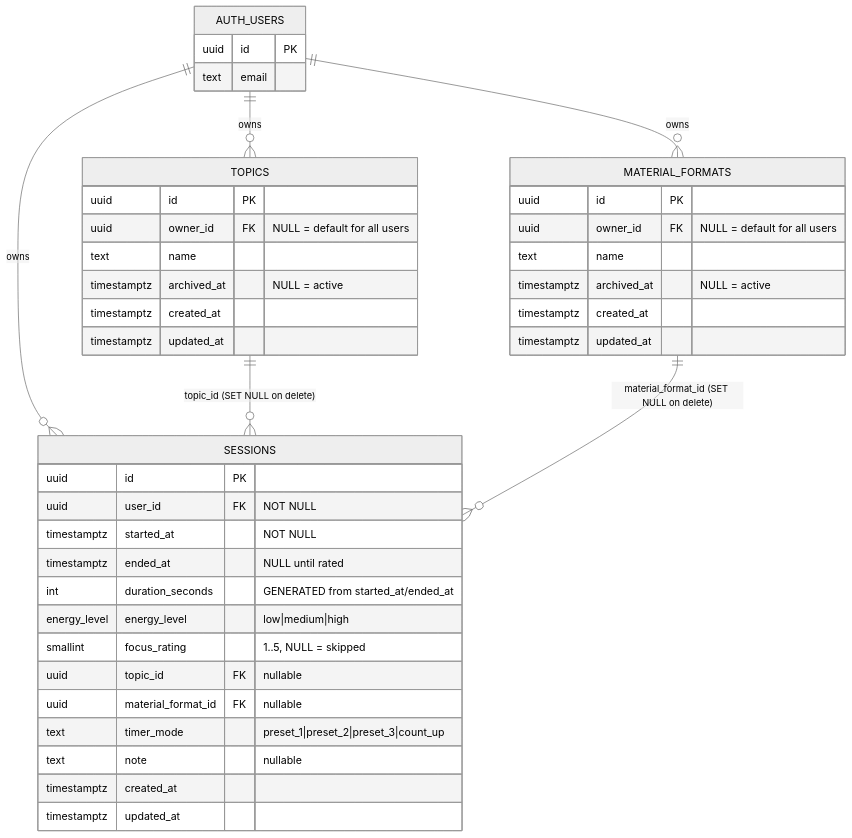
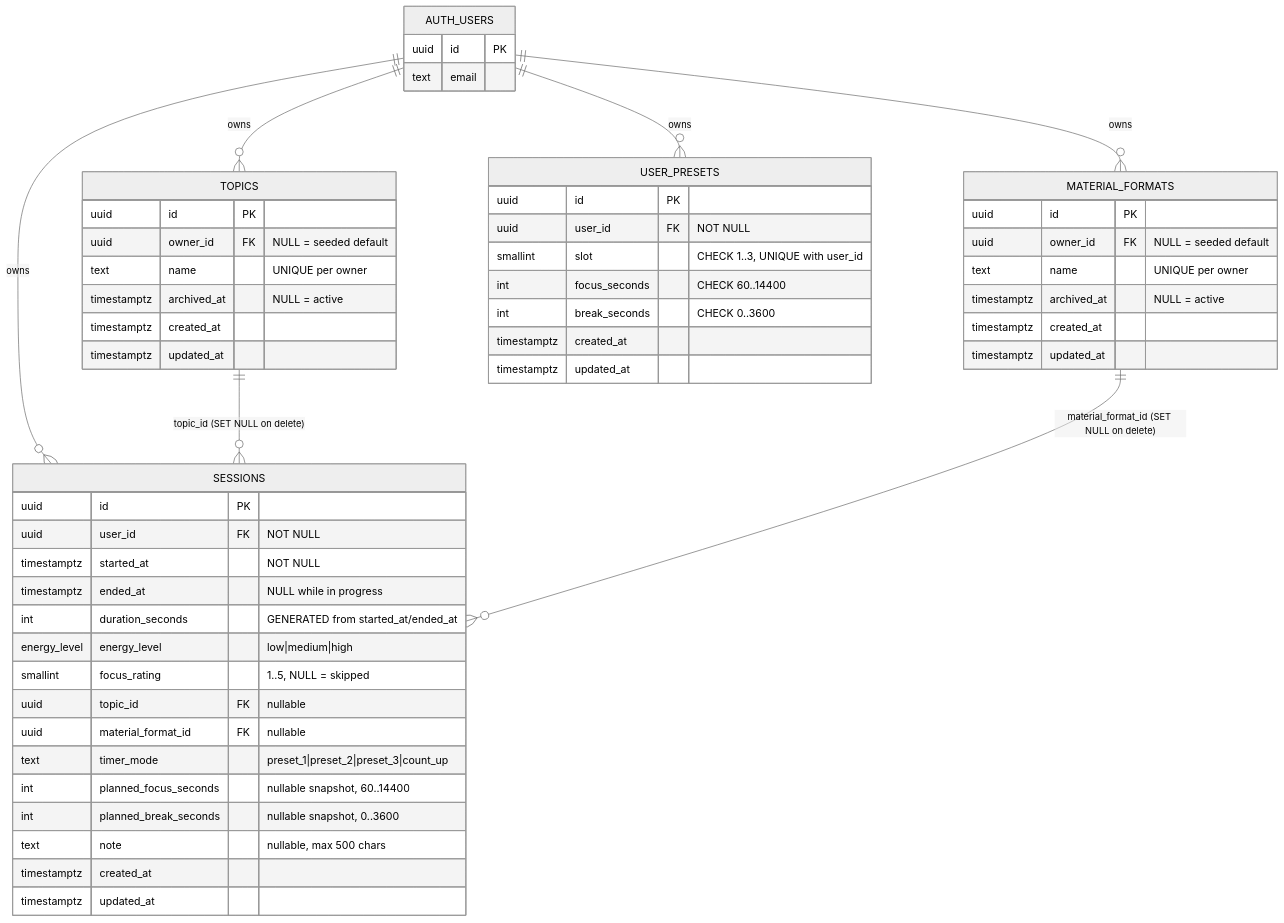
One commit to plpabla/pomosapiens changed the fourth of 9 diagrams in context/foundation/arch.md. Above: the diagram before and after it, drawn with Mermaid (neutral theme). The commit also changed other lines of this file, not shown here.

````diff
--- a/context/foundation/arch.md
+++ b/context/foundation/arch.md
@@ -137,47 +192,60 @@
 ```mermaid
 erDiagram
     AUTH_USERS ||--o{ SESSIONS : owns
     AUTH_USERS ||--o{ TOPICS : owns
     AUTH_USERS ||--o{ MATERIAL_FORMATS : owns
+    AUTH_USERS ||--o{ USER_PRESETS : owns
     TOPICS ||--o{ SESSIONS : "topic_id (SET NULL on delete)"
     MATERIAL_FORMATS ||--o{ SESSIONS : "material_format_id (SET NULL on delete)"
 
     AUTH_USERS {
         uuid id PK
         text email
     }
 
     SESSIONS {
         uuid id PK
         uuid user_id FK "NOT NULL"
         timestamptz started_at "NOT NULL"
-        timestamptz ended_at "NULL until rated"
+        timestamptz ended_at "NULL while in progress"
         int duration_seconds "GENERATED from started_at/ended_at"
         energy_level energy_level "low|medium|high"
         smallint focus_rating "1..5, NULL = skipped"
         uuid topic_id FK "nullable"
         uuid material_format_id FK "nullable"
         text timer_mode "preset_1|preset_2|preset_3|count_up"
-        text note "nullable"
+        int planned_focus_seconds "nullable snapshot, 60..14400"
+        int planned_break_seconds "nullable snapshot, 0..3600"
+        text note "nullable, max 500 chars"
         timestamptz created_at
         timestamptz updated_at
     }
 
     TOPICS {
         uuid id PK
-        uuid owner_id FK "NULL = default for all users"
-        text name
+        uuid owner_id FK "NULL = seeded default"
+        text name "UNIQUE per owner"
         timestamptz archived_at "NULL = active"
         timestamptz created_at
         timestamptz updated_at
     }
 
     MATERIAL_FORMATS {
         uuid id PK
-        uuid owner_id FK "NULL = default for all users"
-        text name
+        uuid owner_id FK "NULL = seeded default"
+        text name "UNIQUE per owner"
         timestamptz archived_at "NULL = active"
         timestamptz created_at
         timestamptz updated_at
     }
+
+    USER_PRESETS {
+        uuid id PK
+        uuid user_id FK "NOT NULL"
+        smallint slot "CHECK 1..3, UNIQUE with user_id"
+        int focus_seconds "CHECK 60..14400"
+        int break_seconds "CHECK 0..3600"
+        timestamptz created_at
+        timestamptz updated_at
+    }
 ```
````
